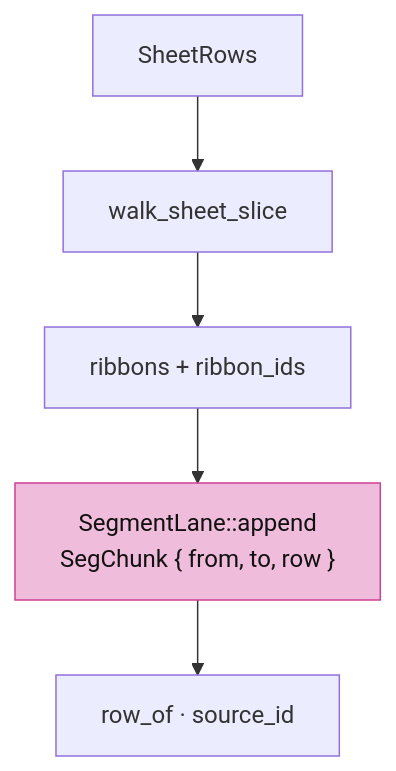
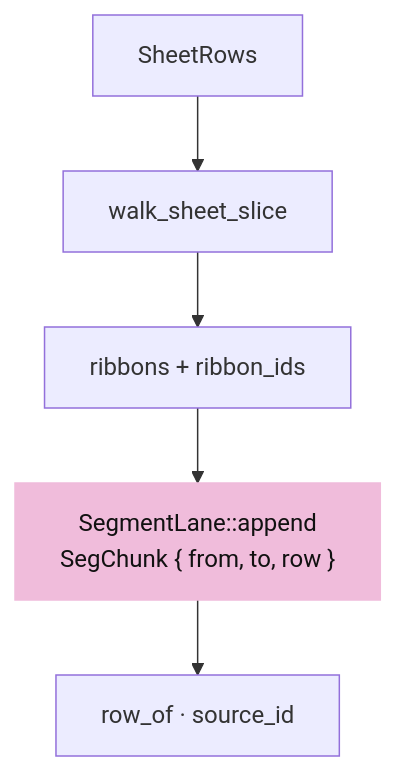
Before and after one commit to petrasvestartas/session: the fourth of 5 diagrams in session_viewer/docs/19-sheets.md, drawn with Mermaid. The commit also changed other lines of this file and 324 other files, not shown here.

````diff
--- a/session_viewer/docs/19-sheets.md
+++ b/session_viewer/docs/19-sheets.md
@@ -110,7 +124,7 @@
 ```mermaid
 flowchart TB
     R["SheetRows"] --> W["walk_sheet_slice"] --> T["ribbons + ribbon_ids"]
     T --> U["SegmentLane::append<br/>SegChunk { from, to, row }"]
     U --> P["row_of · source_id"]
-    style U fill:#f0bcdb,stroke:#ce4095,color:#111
+    style U fill:#f0bcdb,stroke:#f0bcdb,color:#111
 ```
````
